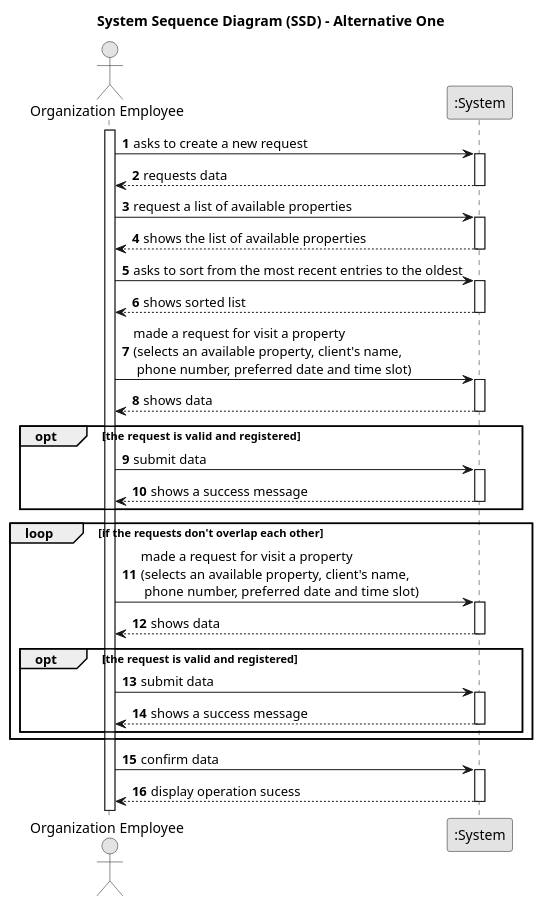
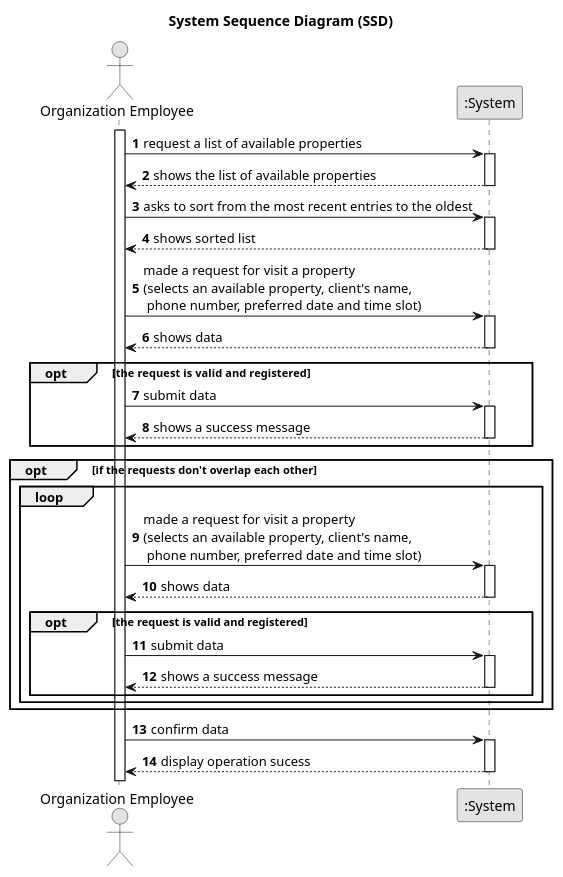
Before and after one commit to Rodrick0209/ISEP-LAPR2-22-23: the diagram in docs/Sprint-C/US009/01.requirements-engineering/puml/us009-system-sequence-diagram-alternative-one.puml, drawn with PlantUML. The commit also changed 1 other file, not shown here.

```diff
--- a/docs/Sprint-C/US009/01.requirements-engineering/puml/us009-system-sequence-diagram-alternative-one.puml
+++ b/docs/Sprint-C/US009/01.requirements-engineering/puml/us009-system-sequence-diagram-alternative-one.puml
@@ -1,77 +1,74 @@
 @startuml
 skinparam monochrome true
 skinparam packageStyle rectangle
 skinparam shadowing false
 
-title System Sequence Diagram (SSD) - Alternative One
+title System Sequence Diagram (SSD)
 
 autonumber
 
 actor "Organization Employee" as Employee
 participant ":System" as System
 
 activate Employee
 
-    Employee -> System : asks to create a new request
-    activate System
-
-        System --> Employee : requests data
-    deactivate System
 
     Employee -> System : request a list of available properties
     activate System
 
         System --> Employee : shows the list of available properties
     deactivate System
 
     Employee -> System : asks to sort from the most recent entries to the oldest
     activate System
 
         System --> Employee : shows sorted list
     deactivate System
 
 
     Employee -> System : made a request for visit a property \n(selects an available property, client's name,\n phone number, preferred date and time slot)
     activate System
 
         System --> Employee : shows data
     deactivate System
 
 opt the  request is valid and registered
 
      Employee -> System : submit data
         activate System
 
         System --> Employee : shows a success message
     deactivate System
 end
 
-loop if the requests don't overlap each other
-
+opt if the requests don't overlap each other
+loop
     Employee -> System : made a request for visit a property \n(selects an available property, client's name,\n phone number, preferred date and time slot)
         activate System
 
 
             System --> Employee : shows data
         deactivate System
 
 opt  the request is valid and registered
 
      Employee -> System : submit data
         activate System
 
         System --> Employee : shows a success message
     deactivate System
+
+end
 end
 end
 
 Employee -> System : confirm data
 
      activate System
 
             System --> Employee : display operation sucess
      deactivate System
 
 
 
 @enduml
```
